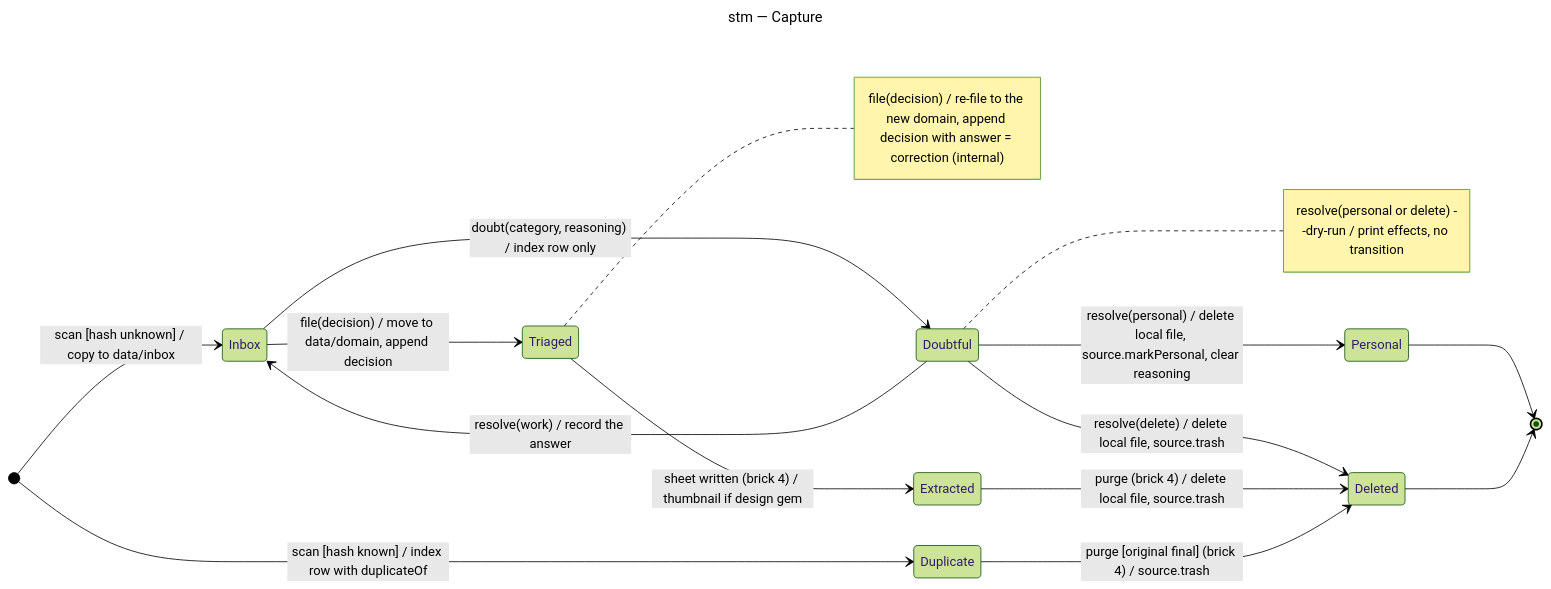
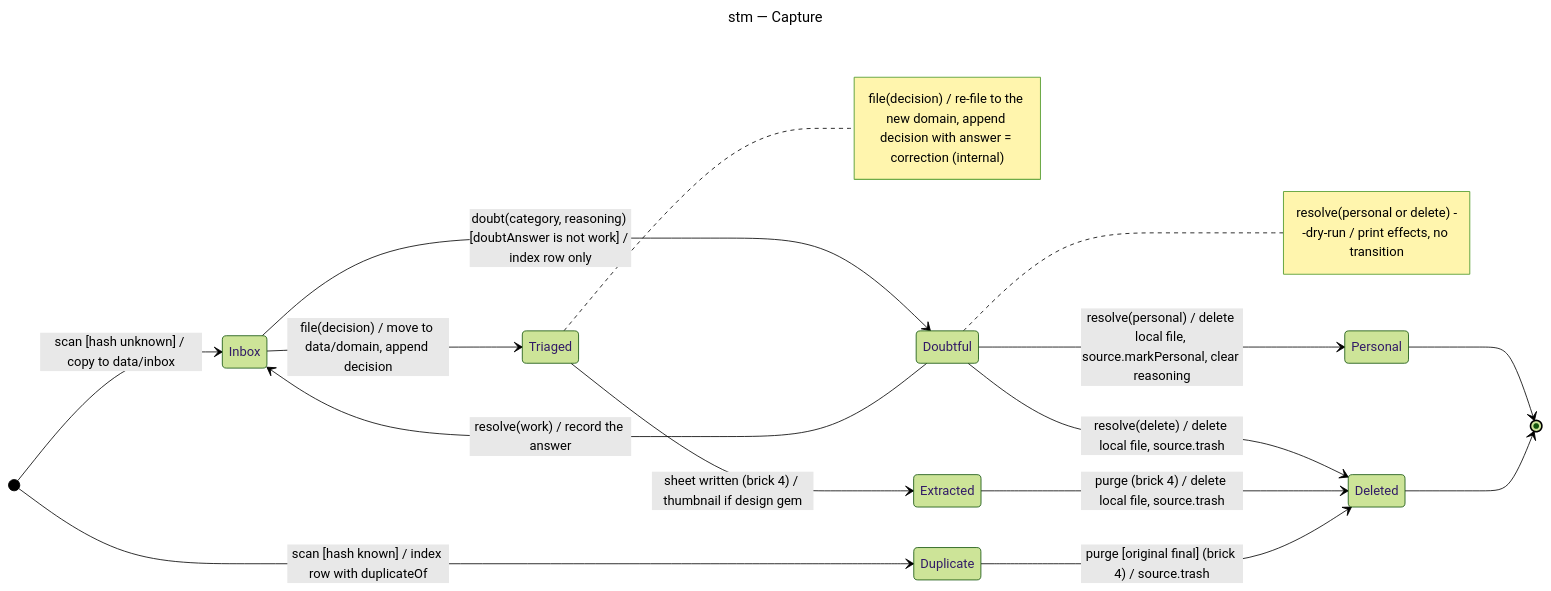
The diagram in docs/architecture/diagrams/triage/05-state-capture.md (benoit-bremaud/screenshot-triage), drawn with Mermaid (forest theme) before and after one commit. The commit also changed other lines of this file and 11 other files, not shown here.

First line of the commit message:
docs(triage/architecture): make final statuses durable at the source

````diff
--- a/docs/architecture/diagrams/triage/05-state-capture.md
+++ b/docs/architecture/diagrams/triage/05-state-capture.md
@@ -13,25 +13,25 @@
 ```mermaid
 ---
 title: stm — Capture
 ---
 stateDiagram-v2
   direction LR
   [*] --> Inbox: scan [hash unknown] / copy to data/inbox
   [*] --> Duplicate: scan [hash known] / index row with duplicateOf
   Inbox --> Triaged: file(decision) / move to data/domain, append decision
-  Inbox --> Doubtful: doubt(category, reasoning) / index row only
+  Inbox --> Doubtful: doubt(category, reasoning) [doubtAnswer is not work] / index row only
   Doubtful --> Inbox: resolve(work) / record the answer
   Doubtful --> Personal: resolve(personal) / delete local file, source.markPersonal, clear reasoning
   Doubtful --> Deleted: resolve(delete) / delete local file, source.trash
   Triaged --> Extracted: sheet written (brick 4) / thumbnail if design gem
   Extracted --> Deleted: purge (brick 4) / delete local file, source.trash
   Duplicate --> Deleted: purge [original final] (brick 4) / source.trash
   Personal --> [*]
   Deleted --> [*]
   note right of Triaged
     file(decision) / re-file to the new domain, append decision with answer = correction (internal)
   end note
   note right of Doubtful
     resolve(personal or delete) --dry-run / print effects, no transition
   end note
 ```
````
